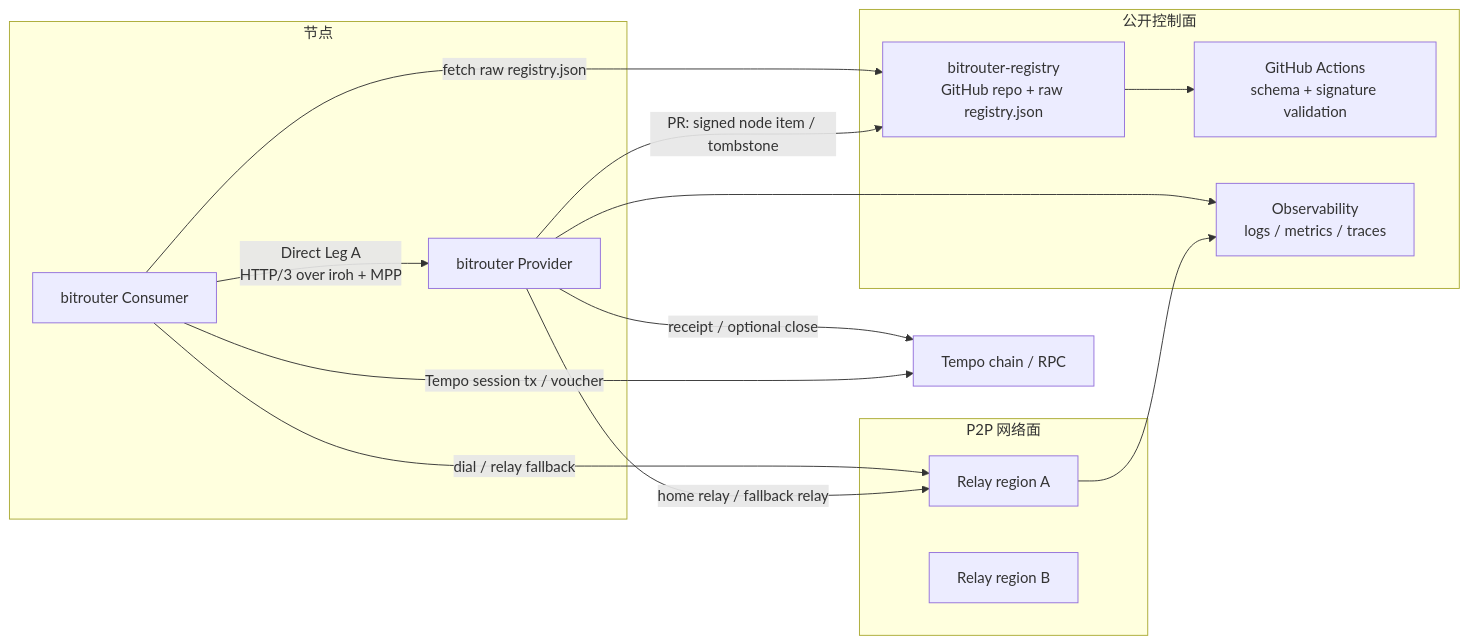
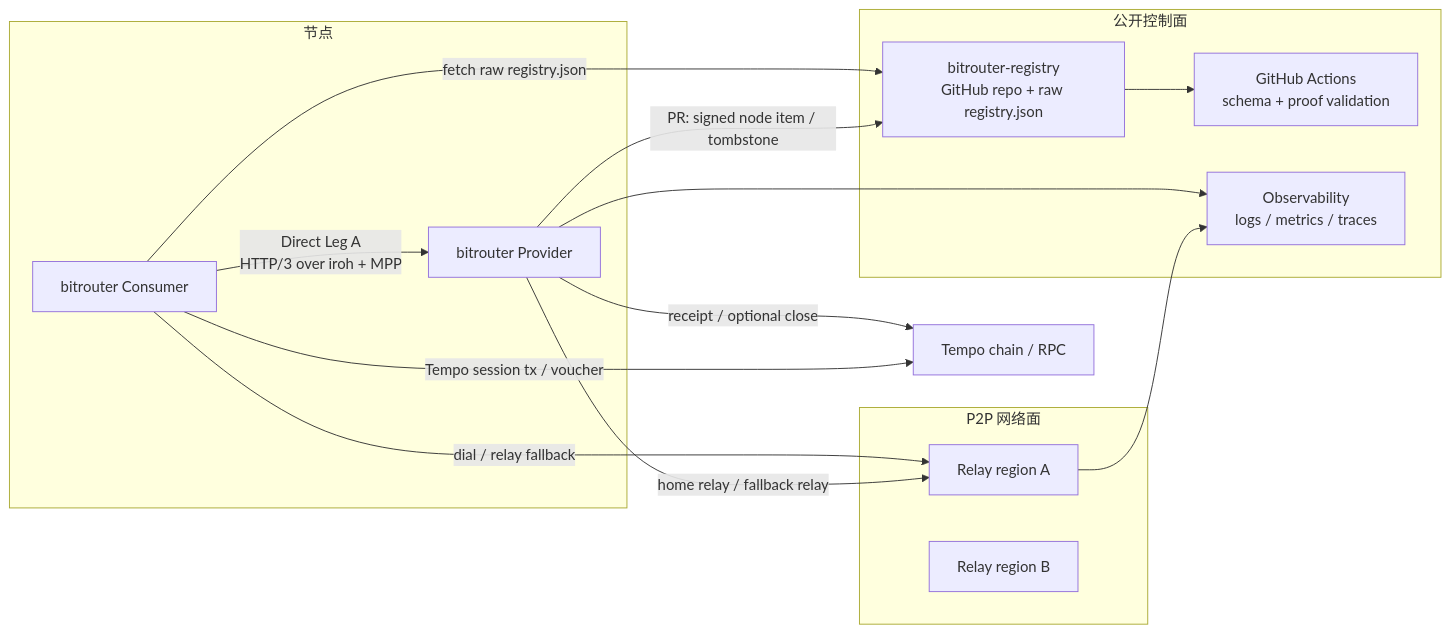
One commit to bitrouter/bitrouter changed the first of 2 diagrams in specs/p2p/008-01-network-deployment.md. Above: the diagram before and after it, drawn with Mermaid. The commit also changed other lines of this file and 18 other files, not shown here.

````diff
--- a/specs/p2p/008-01-network-deployment.md
+++ b/specs/p2p/008-01-network-deployment.md
@@ -13,31 +13,31 @@
 ```mermaid
 flowchart LR
     subgraph Control["公开控制面"]
         Registry["bitrouter-registry<br/>GitHub repo + raw registry.json"]
-        CI["GitHub Actions<br/>schema + signature validation"]
+        CI["GitHub Actions<br/>schema + proof validation"]
         Metrics["Observability<br/>logs / metrics / traces"]
     end
 
     subgraph Network["P2P 网络面"]
         RelayA["Relay region A"]
         RelayB["Relay region B"]
     end
 
     subgraph Nodes["节点"]
         Consumer["bitrouter Consumer"]
         Provider["bitrouter Provider"]
     end
 
     Tempo["Tempo chain / RPC"]
 
     Provider -->|"PR: signed node item / tombstone"| Registry
     Registry --> CI
     Consumer -->|"fetch raw registry.json"| Registry
     Provider -->|"home relay / fallback relay"| RelayA
     Consumer -->|"dial / relay fallback"| RelayA
     Consumer -->|"Direct Leg A<br/>HTTP/3 over iroh + MPP"| Provider
     Consumer -->|"Tempo session tx / voucher"| Tempo
     Provider -->|"receipt / optional close"| Tempo
     RelayA --> Metrics
     Provider --> Metrics
 ```
````
